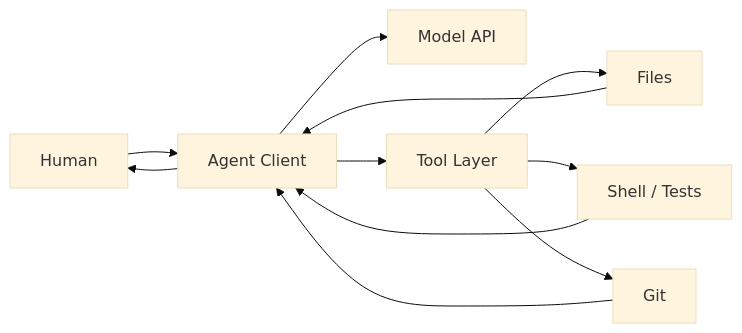
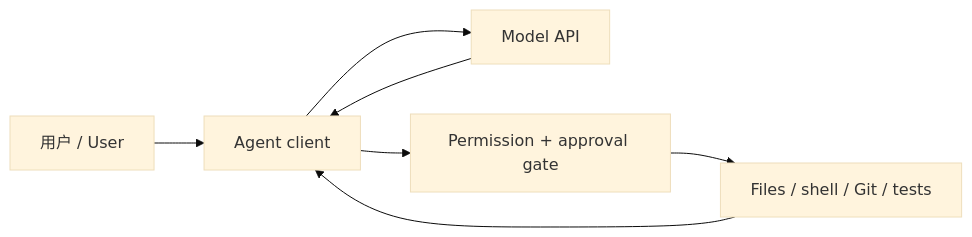
Before and after one commit to xiaoyao12740/local-ai-workstation-guide: the diagram in docs/07-agent-basics.md, drawn with Mermaid (base theme). The commit also changed other lines of this file and 45 other files, not shown here.

````diff
--- a/docs/07-agent-basics.md
+++ b/docs/07-agent-basics.md
@@ -12,13 +9,9 @@
 ```mermaid
 flowchart LR
-    H["Human"] --> A["Agent Client"]
-    A --> M["Model API"]
-    A --> T["Tool Layer"]
-    T --> F["Files"]
-    T --> S["Shell / Tests"]
-    T --> G["Git"]
-    F --> A
-    S --> A
-    G --> A
-    A --> H
+  U["用户 / User"] --> A["Agent client"]
+  A --> M["Model API"]
+  M --> A
+  A --> P["Permission + approval gate"]
+  P --> T["Files / shell / Git / tests"]
+  T --> A
 ```
````
